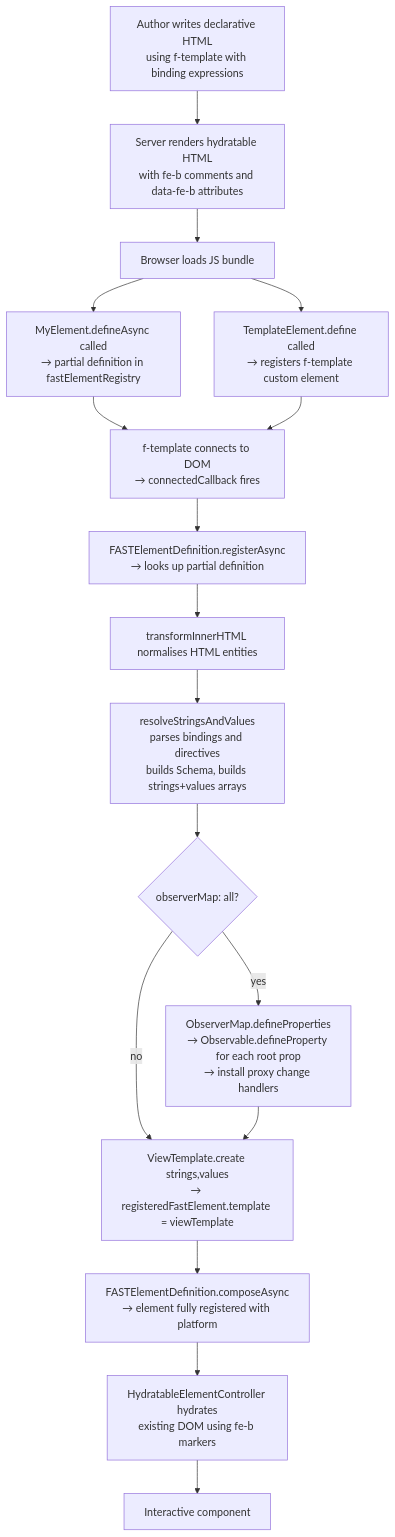
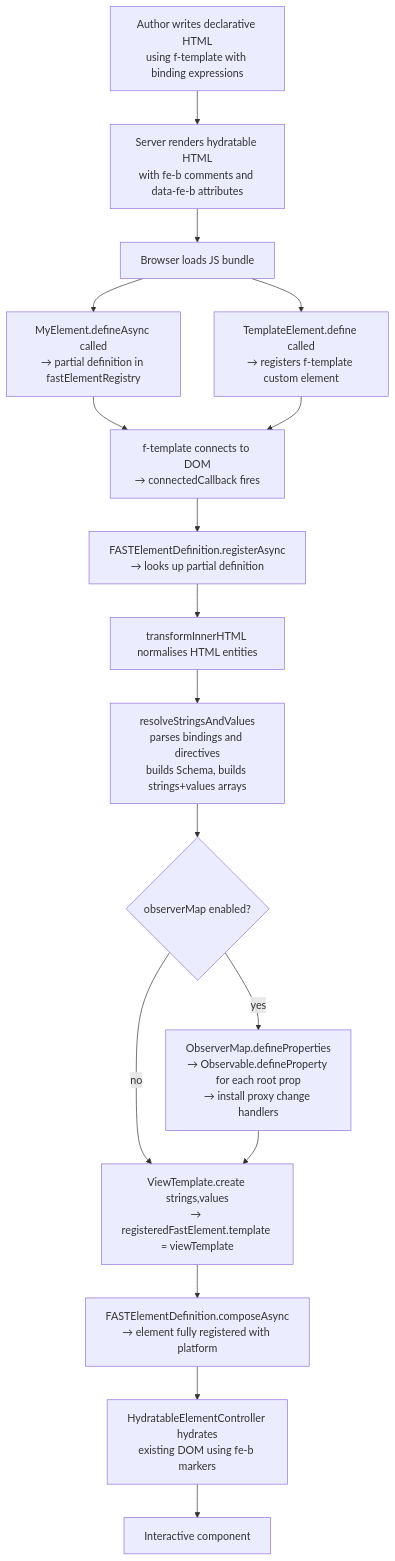
One commit to microsoft/fast changed the first of 4 diagrams in packages/fast-html/DESIGN.md. Above: the diagram before and after it, drawn with Mermaid. The commit also changed other lines of this file and 12 other files, not shown here.

First line of the commit message:
feat: add configuration object support for ObserverMap and AttributeMap options

````diff
--- a/packages/fast-html/DESIGN.md
+++ b/packages/fast-html/DESIGN.md
@@ -194,18 +194,18 @@
 ```mermaid
 flowchart TD
     A["Author writes declarative HTML\nusing f-template with binding expressions"] --> B["Server renders hydratable HTML\nwith fe-b comments and data-fe-b attributes"]
     B --> C[Browser loads JS bundle]
     C --> D["MyElement.defineAsync called\n→ partial definition in fastElementRegistry"]
     C --> E["TemplateElement.define called\n→ registers f-template custom element"]
     D & E --> F["f-template connects to DOM\n→ connectedCallback fires"]
     F --> G["FASTElementDefinition.registerAsync\n→ looks up partial definition"]
     G --> H[transformInnerHTML normalises HTML entities]
     H --> I["resolveStringsAndValues\nparses bindings and directives\nbuilds Schema, builds strings+values arrays"]
-    I --> J{observerMap: all?}
+    I --> J{observerMap enabled?}
     J -- yes --> K["ObserverMap.defineProperties\n→ Observable.defineProperty for each root prop\n→ install proxy change handlers"]
     J -- no --> L
     K --> L["ViewTemplate.create strings,values\n→ registeredFastElement.template = viewTemplate"]
     L --> M["FASTElementDefinition.composeAsync\n→ element fully registered with platform"]
     M --> N["HydratableElementController hydrates\nexisting DOM using fe-b markers"]
     N --> O[Interactive component]
 ```
````
